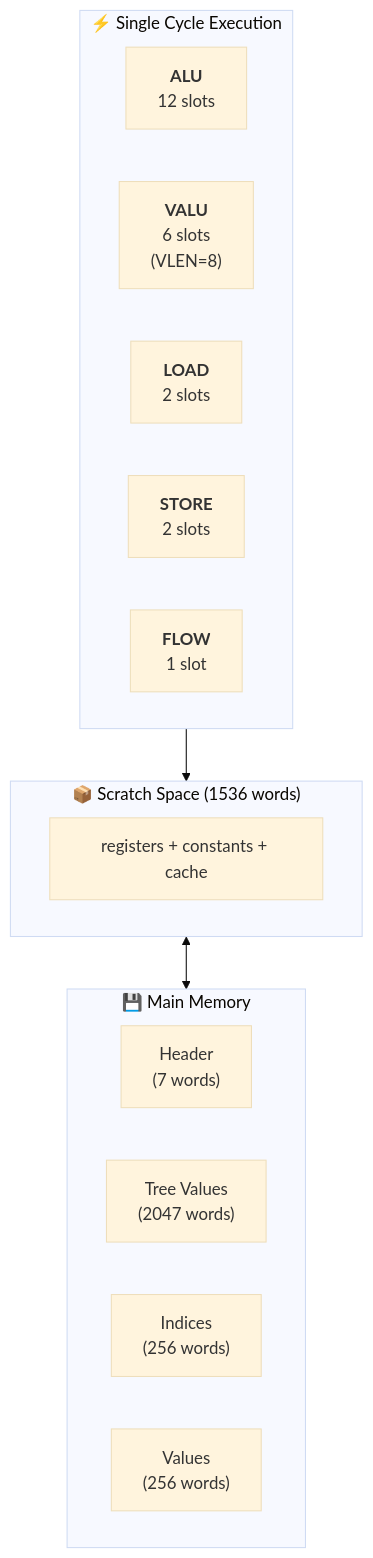
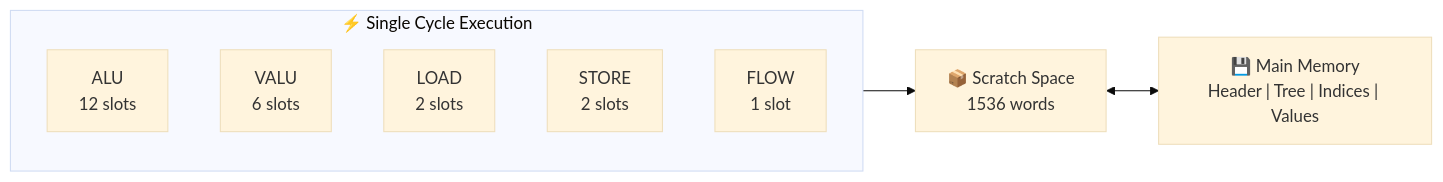
The first of 4 diagrams in content/posts/anthropic-performance-takehome-deep-dive.md (trirpi/trirpi.github.io), drawn with Mermaid (base theme) before and after one commit. The commit also changed other lines of this file, not shown here.

Commit message:
Make Mermaid diagrams horizontal and more compact

````diff
--- a/content/posts/anthropic-performance-takehome-deep-dive.md
+++ b/content/posts/anthropic-performance-takehome-deep-dive.md
@@ -31,26 +31,13 @@
 ```mermaid
-flowchart TB
+flowchart LR
     subgraph cycle["⚡ Single Cycle Execution"]
-        direction LR
-        ALU["<b>ALU</b><br/>12 slots"]
-        VALU["<b>VALU</b><br/>6 slots<br/>(VLEN=8)"]
-        LOAD["<b>LOAD</b><br/>2 slots"]
-        STORE["<b>STORE</b><br/>2 slots"]
-        FLOW["<b>FLOW</b><br/>1 slot"]
+        ALU["ALU<br/>12 slots"] 
+        VALU["VALU<br/>6 slots"]
+        LOAD["LOAD<br/>2 slots"]
+        STORE["STORE<br/>2 slots"]
+        FLOW["FLOW<br/>1 slot"]
     end
     
-    subgraph scratch["📦 Scratch Space (1536 words)"]
-        REG["registers + constants + cache"]
-    end
-    
-    subgraph mem["💾 Main Memory"]
-        direction LR
-        HEADER["Header<br/>(7 words)"]
-        TREE["Tree Values<br/>(2047 words)"]
-        IDX["Indices<br/>(256 words)"]
-        VAL["Values<br/>(256 words)"]
-    end
-    
-    cycle --> scratch
-    scratch <--> mem
+    cycle --> SCRATCH["📦 Scratch Space<br/>1536 words"]
+    SCRATCH <--> MEM["💾 Main Memory<br/>Header | Tree | Indices | Values"]
 ```
````
